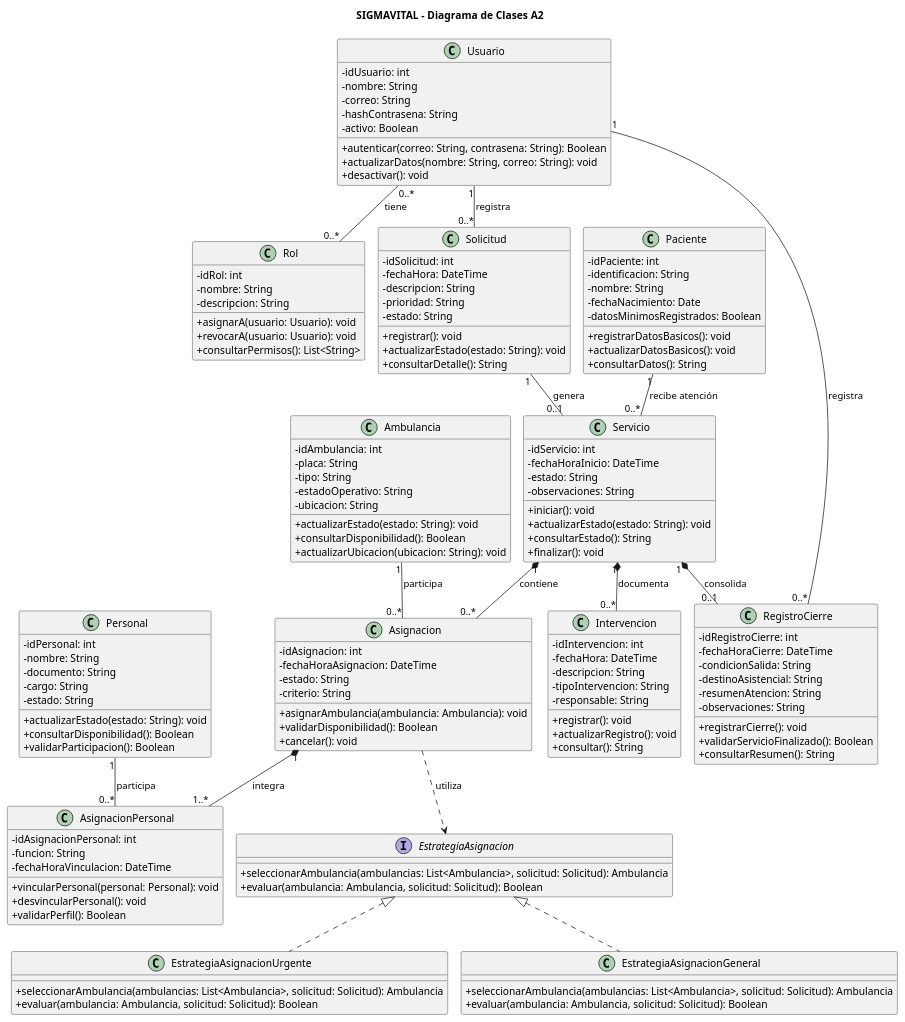
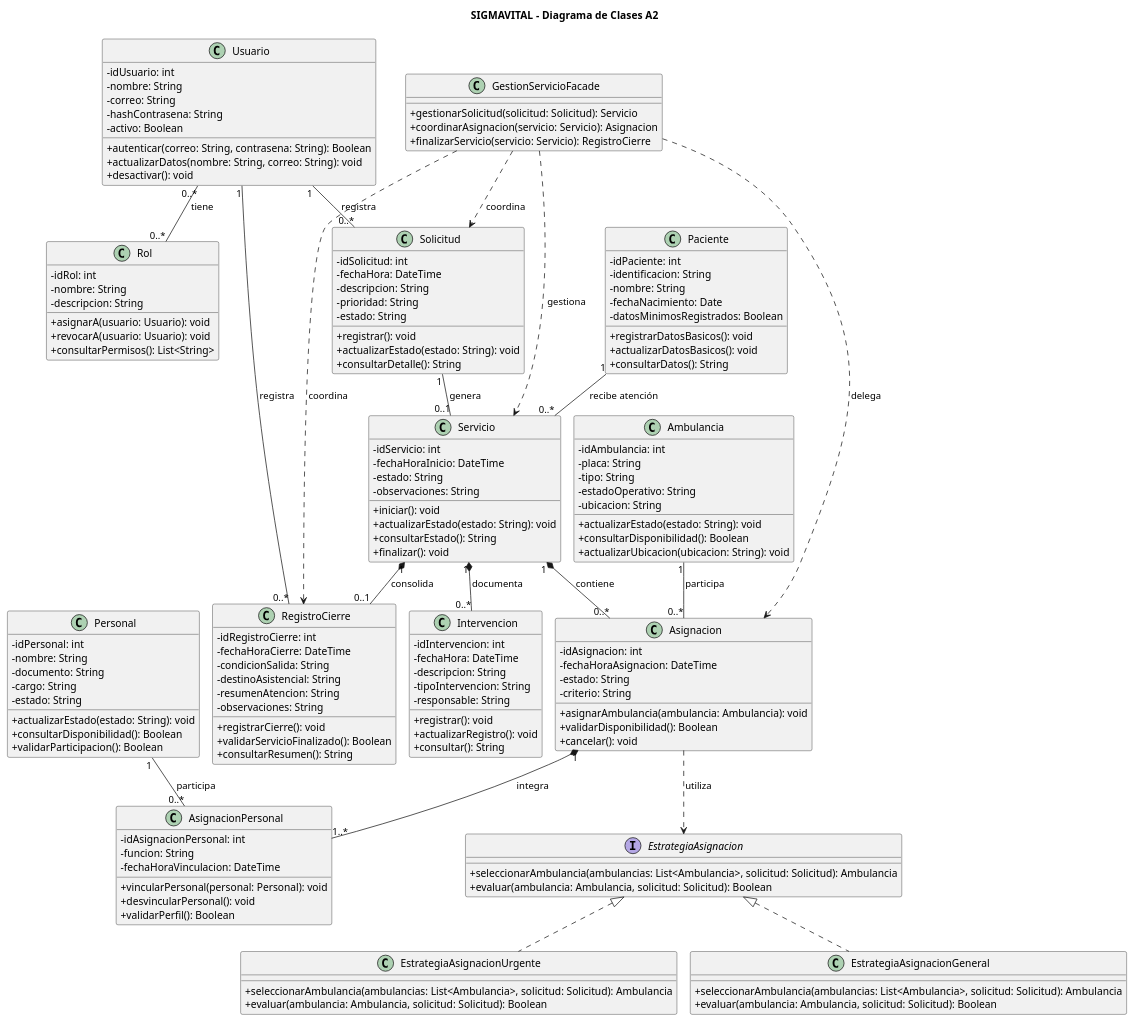
One commit to miguel18100/ADSO-3413974 changed the diagram in 02-training-project/01-phase/02-planning/06-architecture/04-evidence-learning/G2-P1-arquitectura/02-diagrama-clases/A2-Diagrama-Clases.puml. Above: the diagram before and after it, drawn with PlantUML. The commit also changed other lines of this file and 16 other files, not shown here.

Commit message:
docs: complete G2-P1 architecture evidence A3-A7

```diff
--- a/02-training-project/01-phase/02-planning/06-architecture/04-evidence-learning/G2-P1-arquitectura/02-diagrama-clases/A2-Diagrama-Clases.puml
+++ b/02-training-project/01-phase/02-planning/06-architecture/04-evidence-learning/G2-P1-arquitectura/02-diagrama-clases/A2-Diagrama-Clases.puml
@@ -1,156 +1,167 @@
 @startuml
 !pragma layout smetana
 title SIGMAVITAL - Diagrama de Clases A2
 
 skinparam classAttributeIconSize 0
 
 class Usuario {
   -idUsuario: int
   -nombre: String
   -correo: String
   -hashContrasena: String
   -activo: Boolean
   +autenticar(correo: String, contrasena: String): Boolean
   +actualizarDatos(nombre: String, correo: String): void
   +desactivar(): void
 }
 
 class Rol {
   -idRol: int
   -nombre: String
   -descripcion: String
   +asignarA(usuario: Usuario): void
   +revocarA(usuario: Usuario): void
   +consultarPermisos(): List<String>
 }
 
 class Ambulancia {
   -idAmbulancia: int
   -placa: String
   -tipo: String
   -estadoOperativo: String
   -ubicacion: String
   +actualizarEstado(estado: String): void
   +consultarDisponibilidad(): Boolean
   +actualizarUbicacion(ubicacion: String): void
 }
 
 class Personal {
   -idPersonal: int
   -nombre: String
   -documento: String
   -cargo: String
   -estado: String
   +actualizarEstado(estado: String): void
   +consultarDisponibilidad(): Boolean
   +validarParticipacion(): Boolean
 }
 
 class Solicitud {
   -idSolicitud: int
   -fechaHora: DateTime
   -descripcion: String
   -prioridad: String
   -estado: String
   +registrar(): void
   +actualizarEstado(estado: String): void
   +consultarDetalle(): String
 }
 
 class Servicio {
   -idServicio: int
   -fechaHoraInicio: DateTime
   -estado: String
   -observaciones: String
   +iniciar(): void
   +actualizarEstado(estado: String): void
   +consultarEstado(): String
   +finalizar(): void
 }
 
 class Asignacion {
   -idAsignacion: int
   -fechaHoraAsignacion: DateTime
   -estado: String
   -criterio: String
   +asignarAmbulancia(ambulancia: Ambulancia): void
   +validarDisponibilidad(): Boolean
   +cancelar(): void
 }
 
 class AsignacionPersonal {
   -idAsignacionPersonal: int
   -funcion: String
   -fechaHoraVinculacion: DateTime
   +vincularPersonal(personal: Personal): void
   +desvincularPersonal(): void
   +validarPerfil(): Boolean
 }
 
 class Paciente {
   -idPaciente: int
   -identificacion: String
   -nombre: String
   -fechaNacimiento: Date
   -datosMinimosRegistrados: Boolean
   +registrarDatosBasicos(): void
   +actualizarDatosBasicos(): void
   +consultarDatos(): String
 }
 
 class Intervencion {
   -idIntervencion: int
   -fechaHora: DateTime
   -descripcion: String
   -tipoIntervencion: String
   -responsable: String
   +registrar(): void
   +actualizarRegistro(): void
   +consultar(): String
 }
 
 class RegistroCierre {
   -idRegistroCierre: int
   -fechaHoraCierre: DateTime
   -condicionSalida: String
   -destinoAsistencial: String
   -resumenAtencion: String
   -observaciones: String
   +registrarCierre(): void
   +validarServicioFinalizado(): Boolean
   +consultarResumen(): String
 }
 
 interface EstrategiaAsignacion {
   +seleccionarAmbulancia(ambulancias: List<Ambulancia>, solicitud: Solicitud): Ambulancia
   +evaluar(ambulancia: Ambulancia, solicitud: Solicitud): Boolean
 }
 
 class EstrategiaAsignacionUrgente {
   +seleccionarAmbulancia(ambulancias: List<Ambulancia>, solicitud: Solicitud): Ambulancia
   +evaluar(ambulancia: Ambulancia, solicitud: Solicitud): Boolean
 }
 
 class EstrategiaAsignacionGeneral {
   +seleccionarAmbulancia(ambulancias: List<Ambulancia>, solicitud: Solicitud): Ambulancia
   +evaluar(ambulancia: Ambulancia, solicitud: Solicitud): Boolean
 }
 
 Usuario "0..*" -- "0..*" Rol : tiene
 Usuario "1" -- "0..*" Solicitud : registra
 Solicitud "1" -- "0..1" Servicio : genera
 Servicio "1" *-- "0..*" Asignacion : contiene
 Ambulancia "1" -- "0..*" Asignacion : participa
 Asignacion "1" *-- "1..*" AsignacionPersonal : integra
 Personal "1" -- "0..*" AsignacionPersonal : participa
 Servicio "1" *-- "0..*" Intervencion : documenta
 Servicio "1" *-- "0..1" RegistroCierre : consolida
 Usuario "1" -- "0..*" RegistroCierre : registra
 
 Asignacion ..> EstrategiaAsignacion : utiliza
 EstrategiaAsignacion <|.. EstrategiaAsignacionUrgente
 EstrategiaAsignacion <|.. EstrategiaAsignacionGeneral
 
 Paciente "1" -- "0..*" Servicio : recibe atención
 
+
+class GestionServicioFacade {
+  +gestionarSolicitud(solicitud: Solicitud): Servicio
+  +coordinarAsignacion(servicio: Servicio): Asignacion
+  +finalizarServicio(servicio: Servicio): RegistroCierre
+}
+
+GestionServicioFacade ..> Solicitud : coordina
+GestionServicioFacade ..> Asignacion : delega
+GestionServicioFacade ..> Servicio : gestiona
+GestionServicioFacade ..> RegistroCierre : coordina
 @enduml
```
